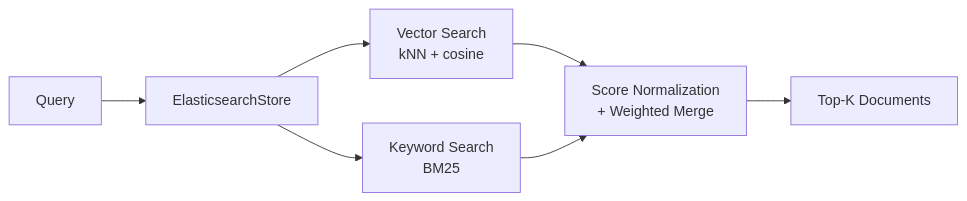
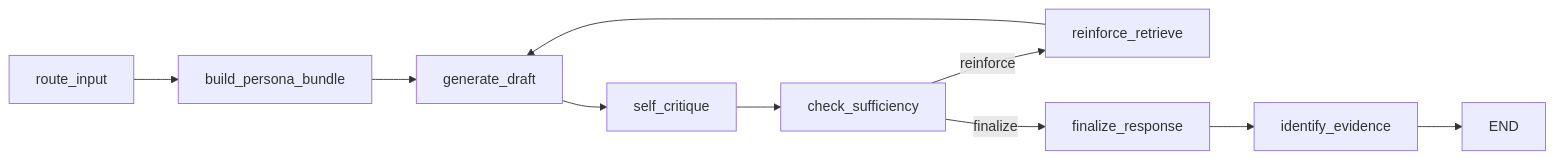
One commit to linkmind-ai/rag-project changed the diagram in README.md. Above: the diagram before and after it, drawn with Mermaid. The commit also changed other lines of this file and 22 other files, not shown here.

Commit message:
feat: integrate PersonaRAG + Self-RAG workflow in LangGraph

````diff
--- a/README.md
+++ b/README.md
@@ -77,12 +24,12 @@
 ```mermaid
 flowchart LR
-    Q[Query] --> ES[ElasticsearchStore]
-
-    ES --> VS[Vector Search<br/>kNN + cosine]
-    ES --> KS[Keyword Search<br/>BM25]
-
-    VS --> MERGE[Score Normalization<br/>+ Weighted Merge]
-    KS --> MERGE
-
-    MERGE --> TOP[Top-K Documents]
+    A[route_input] --> B[build_persona_bundle]
+    B --> C[generate_draft]
+    C --> D[self_critique]
+    D --> E[check_sufficiency]
+    E -->|reinforce| F[reinforce_retrieve]
+    F --> C
+    E -->|finalize| G[finalize_response]
+    G --> H[identify_evidence]
+    H --> I[END]
 ```
````
